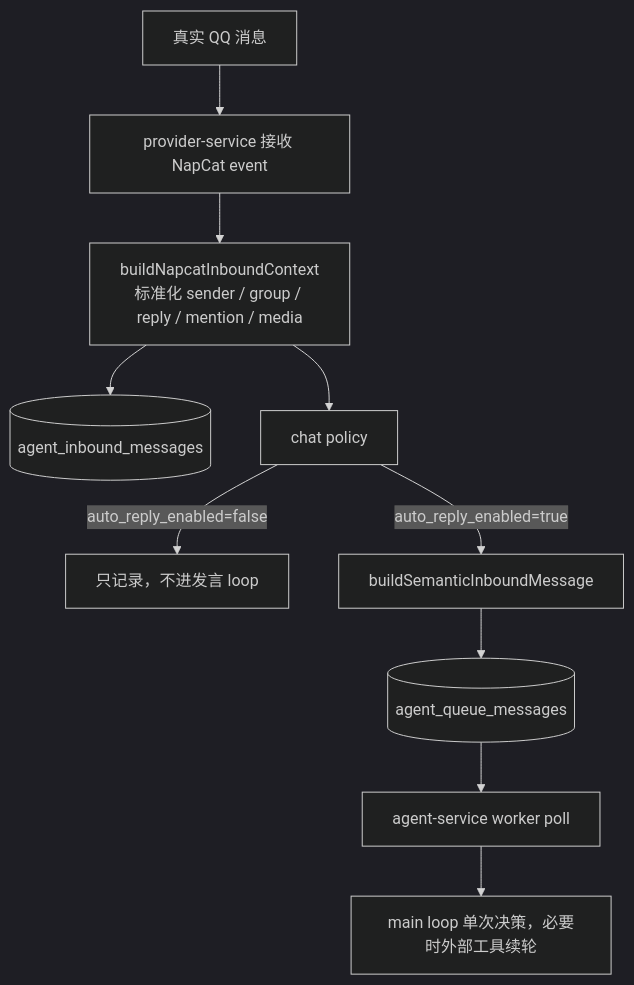
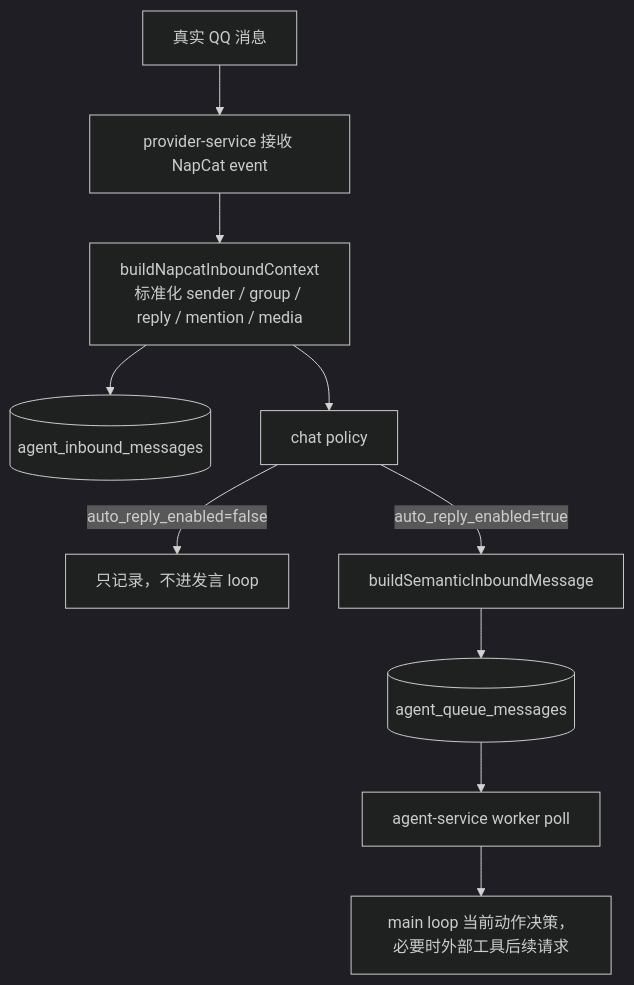
The second of 3 diagrams in docs/XIAONI_SPEAKING_FLOW.md (Hei-AI/xiaoni_cc), drawn with Mermaid (dark theme) before and after one commit. The commit also changed other lines of this file and 45 other files, not shown here.

````diff
--- a/docs/XIAONI_SPEAKING_FLOW.md
+++ b/docs/XIAONI_SPEAKING_FLOW.md
@@ -62,12 +70,12 @@
 ```mermaid
 flowchart TD
   A[真实 QQ 消息] --> B[provider-service 接收 NapCat event]
   B --> C[buildNapcatInboundContext<br/>标准化 sender / group / reply / mention / media]
   C --> D[(agent_inbound_messages)]
   C --> E[chat policy]
   E -->|auto_reply_enabled=false| F[只记录，不进发言 loop]
   E -->|auto_reply_enabled=true| G[buildSemanticInboundMessage]
   G --> H[(agent_queue_messages)]
   H --> I[agent-service worker poll]
-  I --> J[main loop 单次决策，必要时外部工具续轮]
+  I --> J[main loop 当前动作决策，必要时外部工具后续请求]
 ```
````
